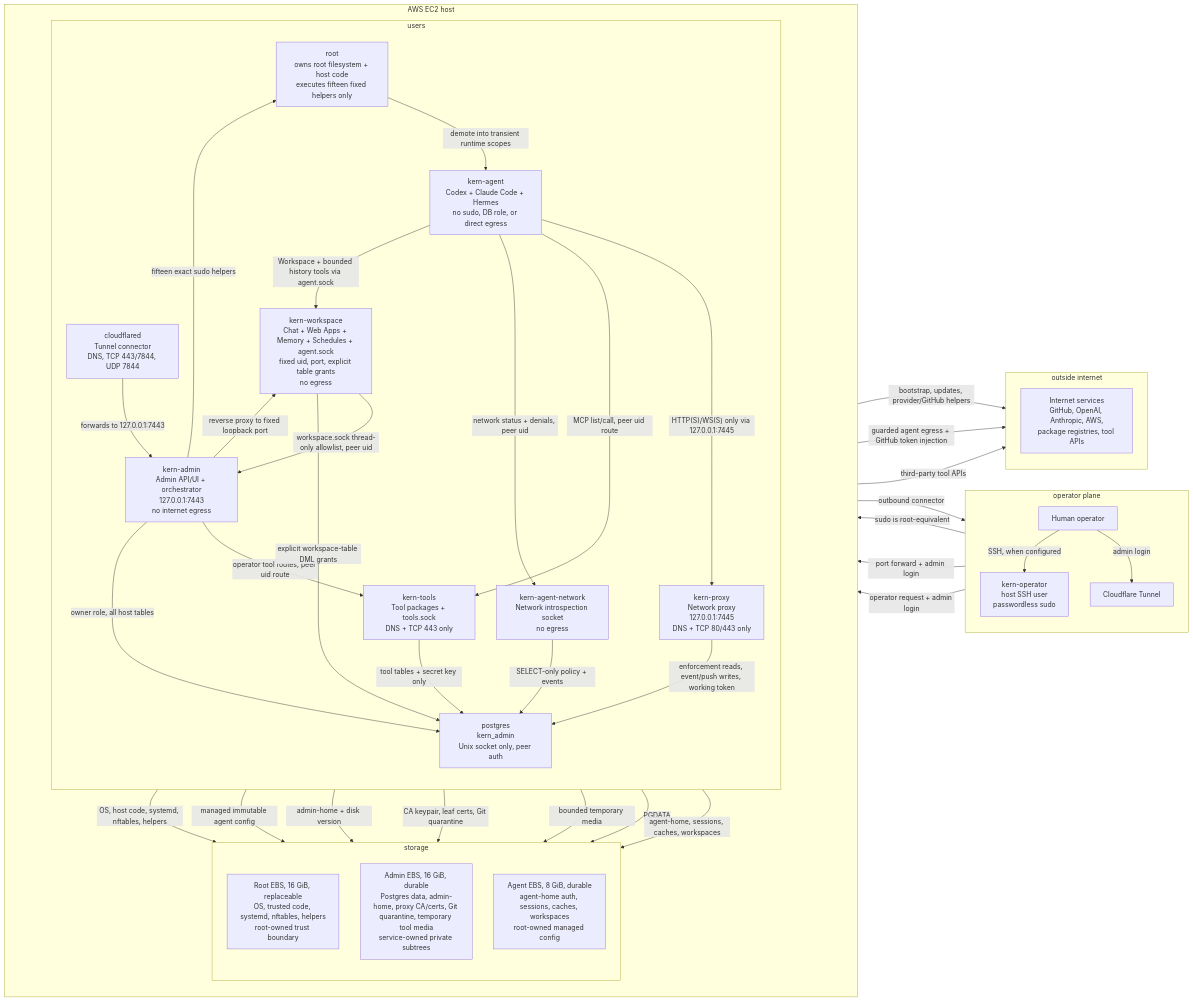
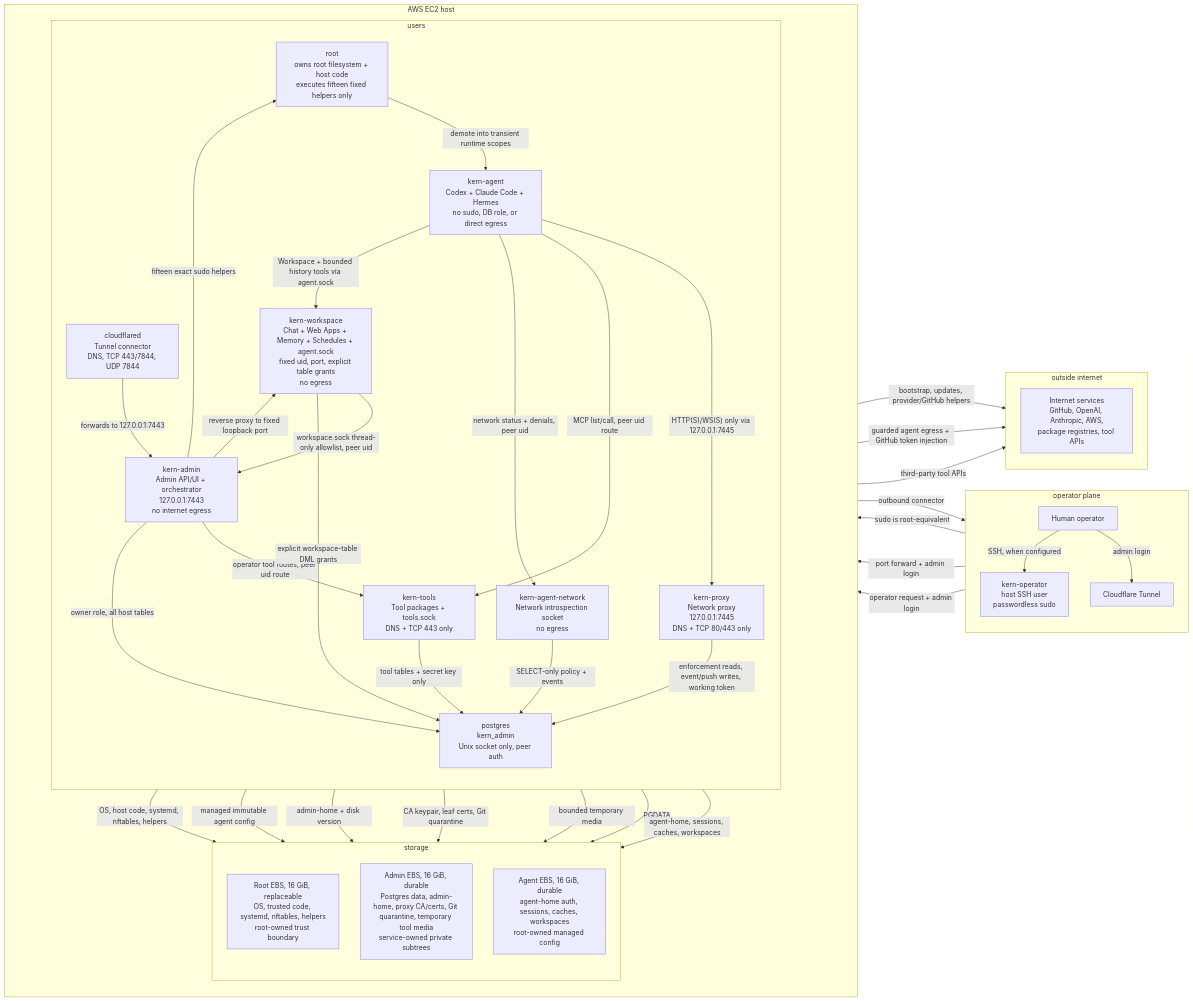
One commit to infiloop2/kern changed the diagram in docs/architecture/diagram.md. Above: the diagram before and after it, drawn with Mermaid. The commit also changed 45 other files, not shown here.

````diff
--- a/docs/architecture/diagram.md
+++ b/docs/architecture/diagram.md
@@ -10,77 +10,77 @@
 ```mermaid
 flowchart LR
     subgraph operatorplane["operator plane"]
         direction TB
         operator["Human operator"]
         ssh["kern-operator<br/>host SSH user<br/>passwordless sudo"]
         cfedge["Cloudflare Tunnel"]
     end
 
     subgraph outside["outside internet"]
         direction TB
         outside_services["Internet services<br/>GitHub, OpenAI, Anthropic, AWS,<br/>package registries, tool APIs"]
     end
 
     subgraph ec2["AWS EC2 host"]
         direction TB
 
         subgraph services["users"]
             direction TB
             root["root<br/>owns root filesystem + host code<br/>executes fifteen fixed helpers only"]
             admin["kern-admin<br/>Admin API/UI + orchestrator<br/>127.0.0.1:7443<br/>no internet egress"]
             proxy["kern-proxy<br/>Network proxy<br/>127.0.0.1:7445<br/>DNS + TCP 80/443 only"]
             tools["kern-tools<br/>Tool packages + tools.sock<br/>DNS + TCP 443 only"]
             agentnetwork["kern-agent-network<br/>Network introspection socket<br/>no egress"]
             workspace["kern-workspace<br/>Chat + Web Apps + Memory + Schedules + agent.sock<br/>fixed uid, port, explicit table grants<br/>no egress"]
             agent["kern-agent<br/>Codex + Claude Code + Hermes<br/>no sudo, DB role, or direct egress"]
             db["postgres<br/>kern_admin<br/>Unix socket only, peer auth"]
             tunnel["cloudflared<br/>Tunnel connector<br/>DNS, TCP 443/7844, UDP 7844"]
         end
 
         subgraph storage["storage"]
             direction TB
             rootvol["Root EBS, 16 GiB, replaceable<br/>OS, trusted code, systemd, nftables, helpers<br/>root-owned trust boundary"]
             adminvol["Admin EBS, 16 GiB, durable<br/>Postgres data, admin-home, proxy CA/certs, Git quarantine, temporary tool media<br/>service-owned private subtrees"]
-            agentvol["Agent EBS, 8 GiB, durable<br/>agent-home auth, sessions, caches, workspaces<br/>root-owned managed config"]
+            agentvol["Agent EBS, 16 GiB, durable<br/>agent-home auth, sessions, caches, workspaces<br/>root-owned managed config"]
         end
     end
 
     operator -->|"SSH, when configured"| ssh
     ssh -->|"sudo is root-equivalent"| root
     ssh -->|"port forward + admin login"| admin
     operator -->|"admin login"| cfedge
     tunnel -->|"outbound connector"| cfedge
     cfedge -->|"operator request + admin login"| tunnel
     tunnel -->|"forwards to 127.0.0.1:7443"| admin
 
     admin -->|"fifteen exact sudo helpers"| root
     root -->|"demote into transient runtime scopes"| agent
     root -->|"bootstrap, updates, provider/GitHub helpers"| outside_services
     root -->|"OS, host code, systemd, nftables, helpers"| rootvol
     root -->|"managed immutable agent config"| agentvol
 
     agent -->|"HTTP(S)/WS(S) only via 127.0.0.1:7445"| proxy
     proxy -->|"guarded agent egress + GitHub token injection"| outside_services
 
     agent -->|"MCP list/call, peer uid route"| tools
     agent -->|"network status + denials, peer uid"| agentnetwork
     admin -->|"operator tool routes, peer uid route"| tools
     tools -->|"third-party tool APIs"| outside_services
 
     admin -->|"reverse proxy to fixed loopback port"| workspace
     workspace -->|"workspace.sock thread-only allowlist, peer uid"| admin
 
     agent -->|"Workspace + bounded history tools via agent.sock"| workspace
 
     admin -->|"owner role, all host tables"| db
     admin -->|"admin-home + disk version"| adminvol
     proxy -->|"enforcement reads, event/push writes, working token"| db
     proxy -->|"CA keypair, leaf certs, Git quarantine"| adminvol
     tools -->|"tool tables + secret key only"| db
     agentnetwork -->|"SELECT-only policy + events"| db
     tools -->|"bounded temporary media"| adminvol
     workspace -->|"explicit workspace-table DML grants"| db
     db -->|"PGDATA"| adminvol
     agent -->|"agent-home, sessions, caches, workspaces"| agentvol
 
 ```
````
